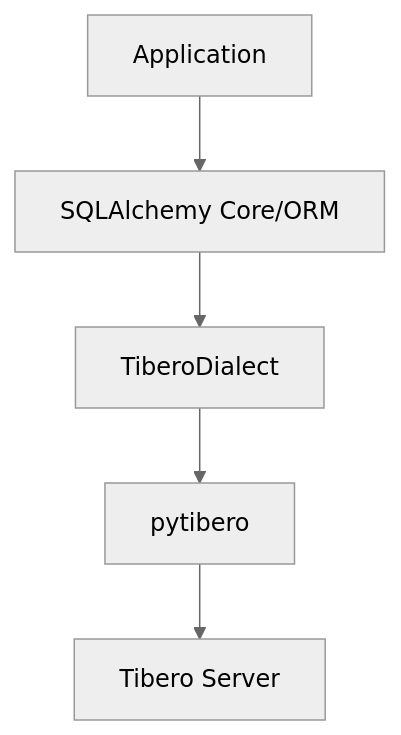
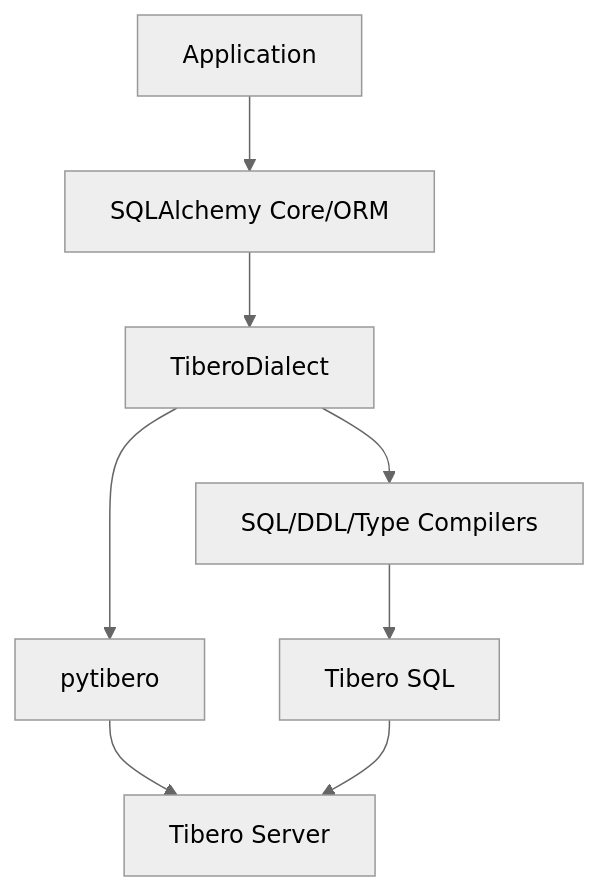
Before and after one commit to yeongseon/sqlalchemy-pytibero: the diagram in docs/index.md, drawn with Mermaid (neutral theme). The commit also changed other lines of this file and 10 other files, not shown here.

Commit message:
docs: create comprehensive documentation with API reference, type mapping, dialect features, and diagrams (#11)

````diff
--- a/docs/index.md
+++ b/docs/index.md
@@ -31,7 +36,10 @@
 ```mermaid
 flowchart TD
     app["Application"] --> sa["SQLAlchemy Core/ORM"]
     sa --> dialect["TiberoDialect"]
+    dialect --> compiler["SQL/DDL/Type Compilers"]
     dialect --> dbapi["pytibero"]
+    compiler --> sql["Tibero SQL"]
     dbapi --> server["Tibero Server"]
+    sql --> server
 ```
````
